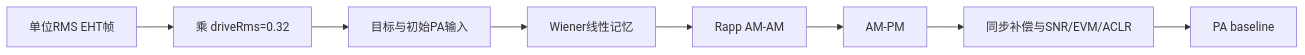
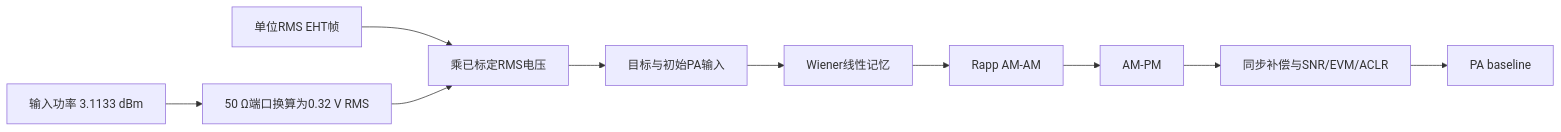
One commit to niyilu45/DPD_ILC changed the third of 5 diagrams in doc/BenchMark.md. Above: the diagram before and after it, drawn with Mermaid. The commit also changed other lines of this file and 15 other files, not shown here.

````diff
--- a/doc/BenchMark.md
+++ b/doc/BenchMark.md
@@ -715,10 +728,12 @@
 ```mermaid
 flowchart LR
-    unit["单位RMS EHT帧"] --> scale["乘 driveRms=0.32"]
+    power["输入功率 3.1133 dBm"] --> calibration["50 Ω端口换算为0.32 V RMS"]
+    unit["单位RMS EHT帧"] --> scale["乘已标定RMS电压"]
+    calibration --> scale
     scale --> target["目标与初始PA输入"]
     target --> memory["Wiener线性记忆"]
     memory --> amam["Rapp AM-AM"]
     amam --> ampm["AM-PM"]
     ampm --> analysis["同步补偿与SNR/EVM/ACLR"]
     analysis --> baseline["PA baseline"]
 ```
````
